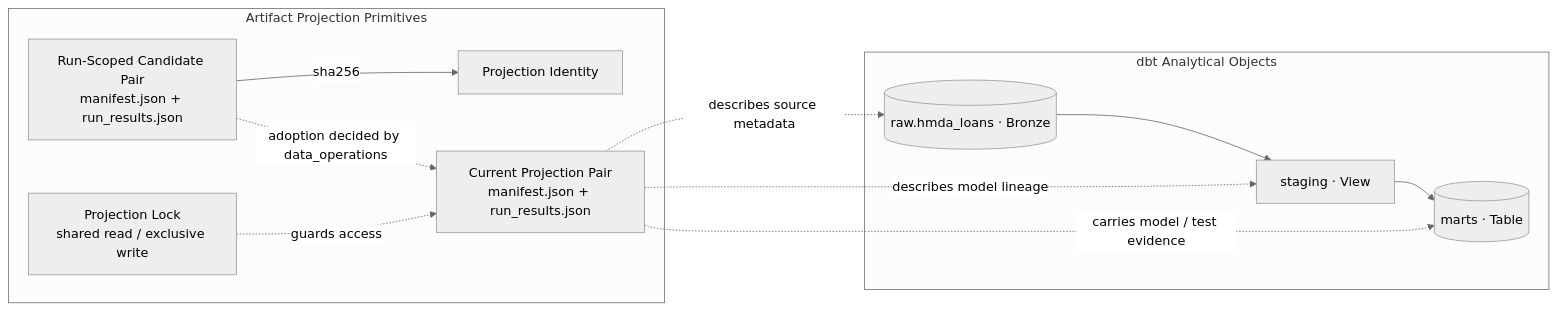
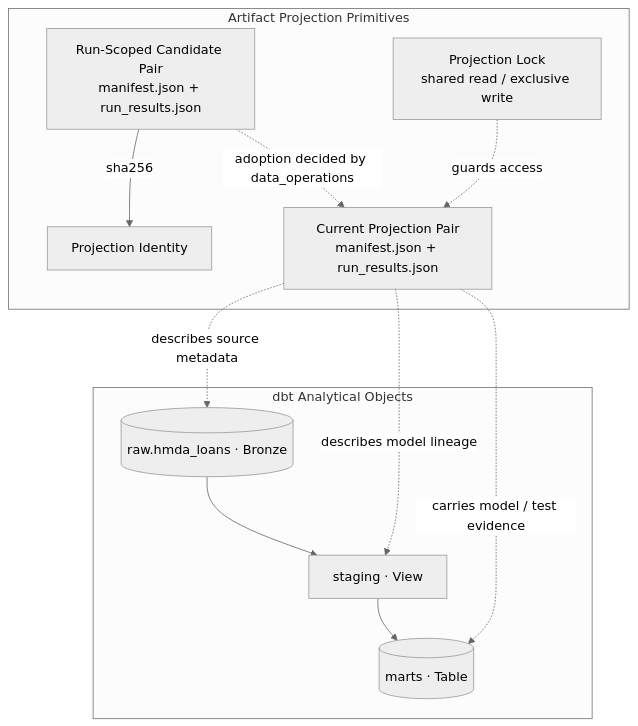
Before and after one commit to mols3131d/hmda-data-reliability: the diagram in docs/domains/data-platform.md, drawn with Mermaid (neutral theme). The commit also changed 5 other files, not shown here.

Commit message:
docs: compact Mermaid layouts (#122)

````diff
--- a/docs/domains/data-platform.md
+++ b/docs/domains/data-platform.md
@@ -19,16 +19,16 @@
 ```mermaid
-flowchart LR
+flowchart TB
     subgraph analytical_state ["dbt Analytical Objects"]
         bronze[("raw.hmda_loans · Bronze")] --> staging["staging · View"] --> mart[("marts · Table")]
     end
 
     subgraph projection ["Artifact Projection Primitives"]
         candidate["Run-Scoped Candidate Pair<br/>manifest.json + run_results.json"] -->|sha256| identity["Projection Identity"]
         candidate -.->|adoption decided by data_operations| current["Current Projection Pair<br/>manifest.json + run_results.json"]
         lock["Projection Lock<br/>shared read / exclusive write"] -.->|guards access| current
     end
 
     current -.->|describes source metadata| bronze
     current -.->|describes model lineage| staging
     current -.->|carries model / test evidence| mart
 ```
````
